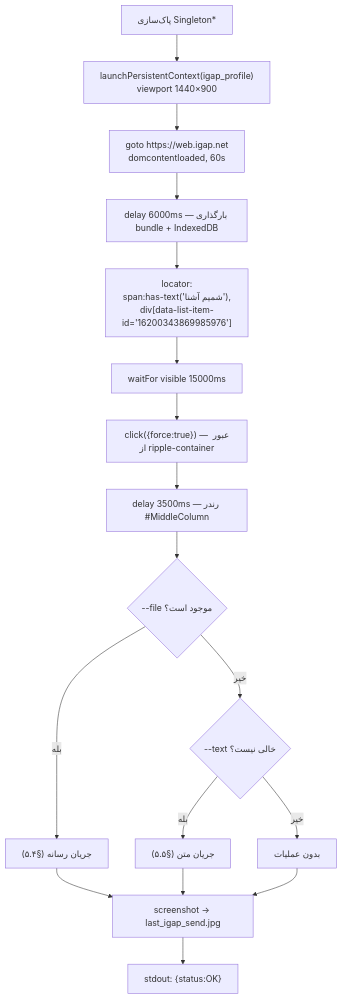
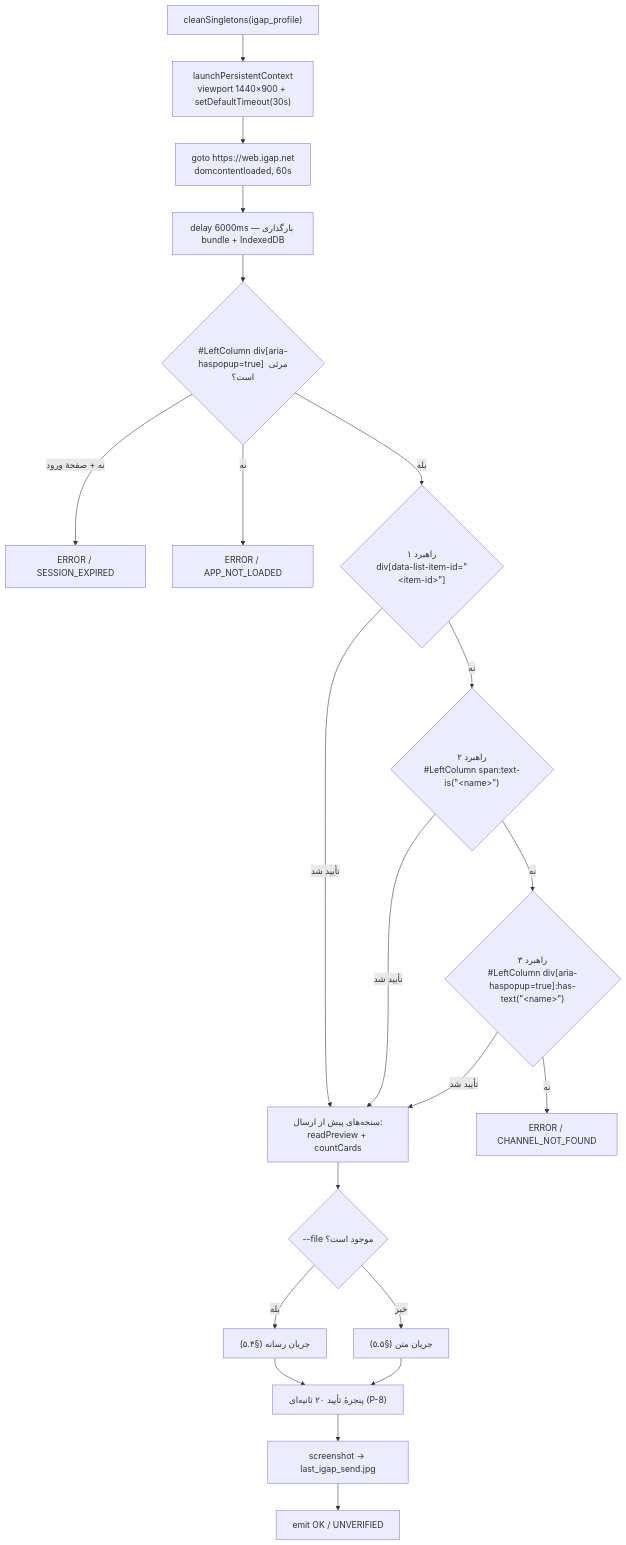
The third of 3 diagrams in PLAYWRIGHT_SPECS.md (ahmad75naraghi/send-massages), drawn with Mermaid before and after one commit. The commit also changed other lines of this file and 24 other files, not shown here.

````diff
--- a/PLAYWRIGHT_SPECS.md
+++ b/PLAYWRIGHT_SPECS.md
@@ -446,19 +624,23 @@
 ```mermaid
 flowchart TD
-    A["پاک‌سازی Singleton*"] --> B["launchPersistentContext(igap_profile)<br/>viewport 1440×900"]
+    A["cleanSingletons(igap_profile)"] --> B["launchPersistentContext<br/>viewport 1440×900 + setDefaultTimeout(30s)"]
     B --> C["goto https://web.igap.net<br/>domcontentloaded, 60s"]
     C --> D["delay 6000ms — بارگذاری bundle + IndexedDB"]
-    D --> E["locator:<br/>span:has-text('شمیم آشنا'),<br/>div[data-list-item-id='16200343869985976']"]
-    E --> F["waitFor visible 15000ms"]
-    F --> G["click({force:true}) — عبور از ripple-container"]
-    G --> H["delay 3500ms — رندر &num;MiddleColumn"]
-    H --> I{"--file موجود است؟"}
+    D --> E{"&num;LeftColumn div[aria-haspopup=true] مرئی است؟"}
+    E -->|"نه + صفحهٔ ورود"| EX1["ERROR / SESSION_EXPIRED"]
+    E -->|"نه"| EX2["ERROR / APP_NOT_LOADED"]
+    E -->|"بله"| S1{"راهبرد ۱<br/>div[data-list-item-id=&quot;&lt;item-id&gt;&quot;]"}
+    S1 -->|"تأیید شد"| P["سنجه‌های پیش از ارسال:<br/>readPreview + countCards"]
+    S1 -->|"نه"| S2{"راهبرد ۲<br/>&num;LeftColumn span:text-is(&quot;&lt;name&gt;&quot;)"}
+    S2 -->|"تأیید شد"| P
+    S2 -->|"نه"| S3{"راهبرد ۳<br/>&num;LeftColumn div[aria-haspopup=true]:has-text(&quot;&lt;name&gt;&quot;)"}
+    S3 -->|"تأیید شد"| P
+    S3 -->|"نه"| CX["ERROR / CHANNEL_NOT_FOUND"]
+    P --> I{"--file موجود است؟"}
     I -->|"بله"| J["جریان رسانه (§۵.۴)"]
-    I -->|"خیر"| K{"--text خالی نیست؟"}
-    K -->|"بله"| L["جریان متن (§۵.۵)"]
-    K -->|"خیر"| M["بدون عملیات"]
-    J --> N["screenshot → last_igap_send.jpg"]
-    L --> N
-    M --> N
-    N --> O["stdout: {status:OK}"]
+    I -->|"خیر"| L["جریان متن (§۵.۵)"]
+    J --> W["پنجرهٔ تأیید ۲۰ ثانیه‌ای (P-8)"]
+    L --> W
+    W --> N["screenshot → last_igap_send.jpg"]
+    N --> O["emit OK / UNVERIFIED"]
 ```
````
